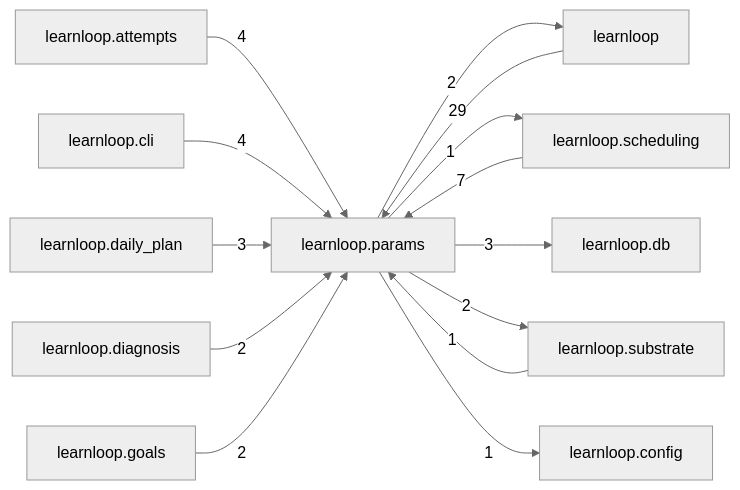
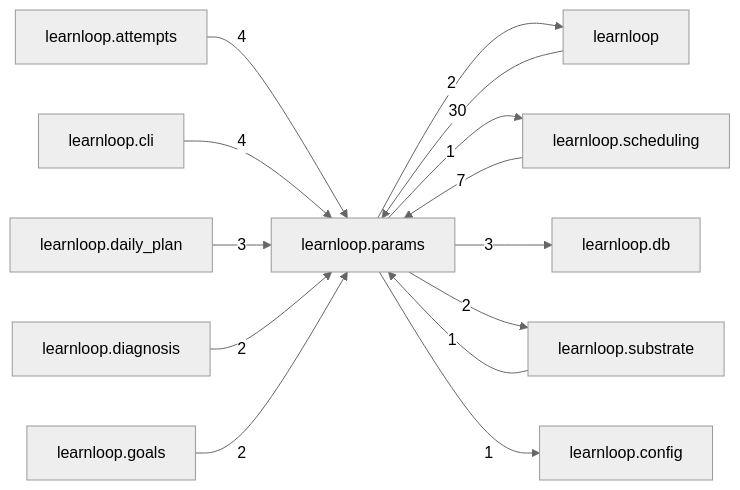
One commit to 6up-b/learnanything changed the diagram in docs/learnloop-architecture-vault/Reference/Modules/learnloop/params/_package.md. Above: the diagram before and after it, drawn with Mermaid (neutral theme). The commit also changed other lines of this file and 601 other files, not shown here.

````diff
--- a/docs/learnloop-architecture-vault/Reference/Modules/learnloop/params/_package.md
+++ b/docs/learnloop-architecture-vault/Reference/Modules/learnloop/params/_package.md
@@ -89,27 +89,27 @@
 ```mermaid
 flowchart LR
     center["learnloop.params"]
     n_learnloop["learnloop"]
     n_learnloop_scheduling["learnloop.scheduling"]
     n_learnloop_attempts["learnloop.attempts"]
     n_learnloop_cli["learnloop.cli"]
     n_learnloop_daily_plan["learnloop.daily_plan"]
     n_learnloop_db["learnloop.db"]
     n_learnloop_substrate["learnloop.substrate"]
     n_learnloop_diagnosis["learnloop.diagnosis"]
     n_learnloop_goals["learnloop.goals"]
     n_learnloop_config["learnloop.config"]
-    n_learnloop -->|29| center
+    n_learnloop -->|30| center
     center -->|2| n_learnloop
     n_learnloop_scheduling -->|7| center
     center -->|1| n_learnloop_scheduling
     n_learnloop_attempts -->|4| center
     n_learnloop_cli -->|4| center
     n_learnloop_daily_plan -->|3| center
     center -->|3| n_learnloop_db
     n_learnloop_substrate -->|1| center
     center -->|2| n_learnloop_substrate
     n_learnloop_diagnosis -->|2| center
     n_learnloop_goals -->|2| center
     center -->|1| n_learnloop_config
 ```
````
